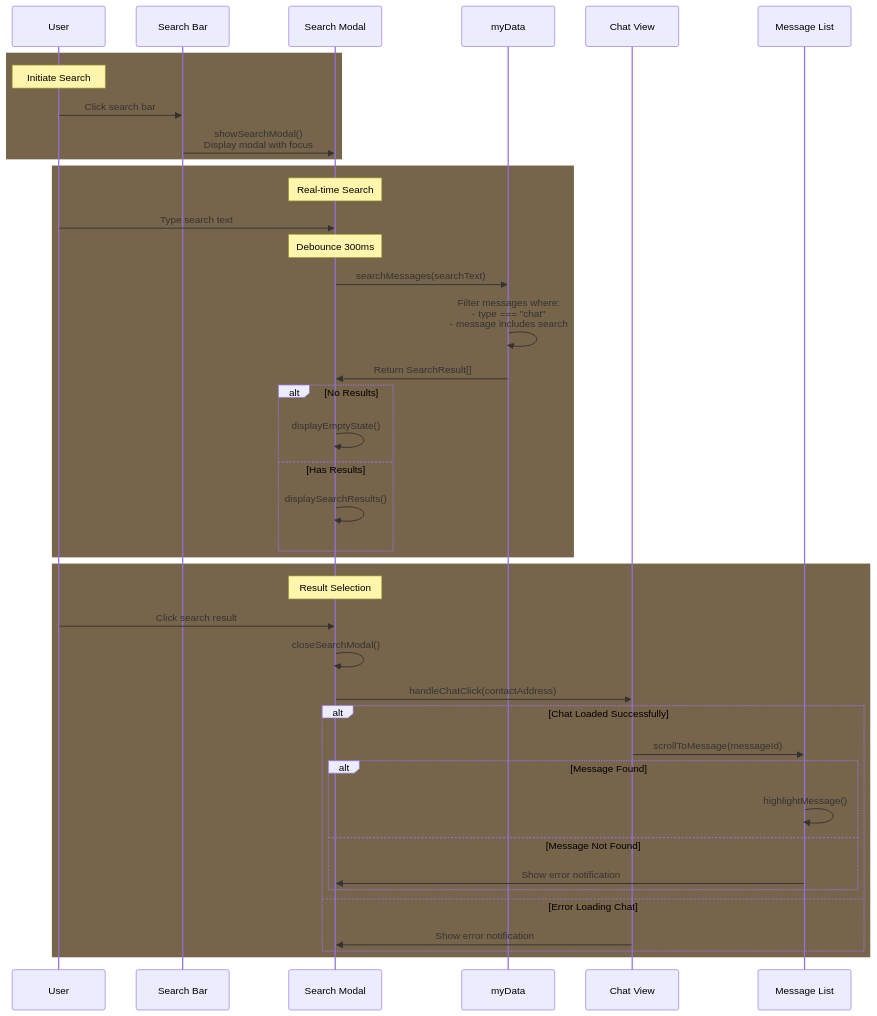
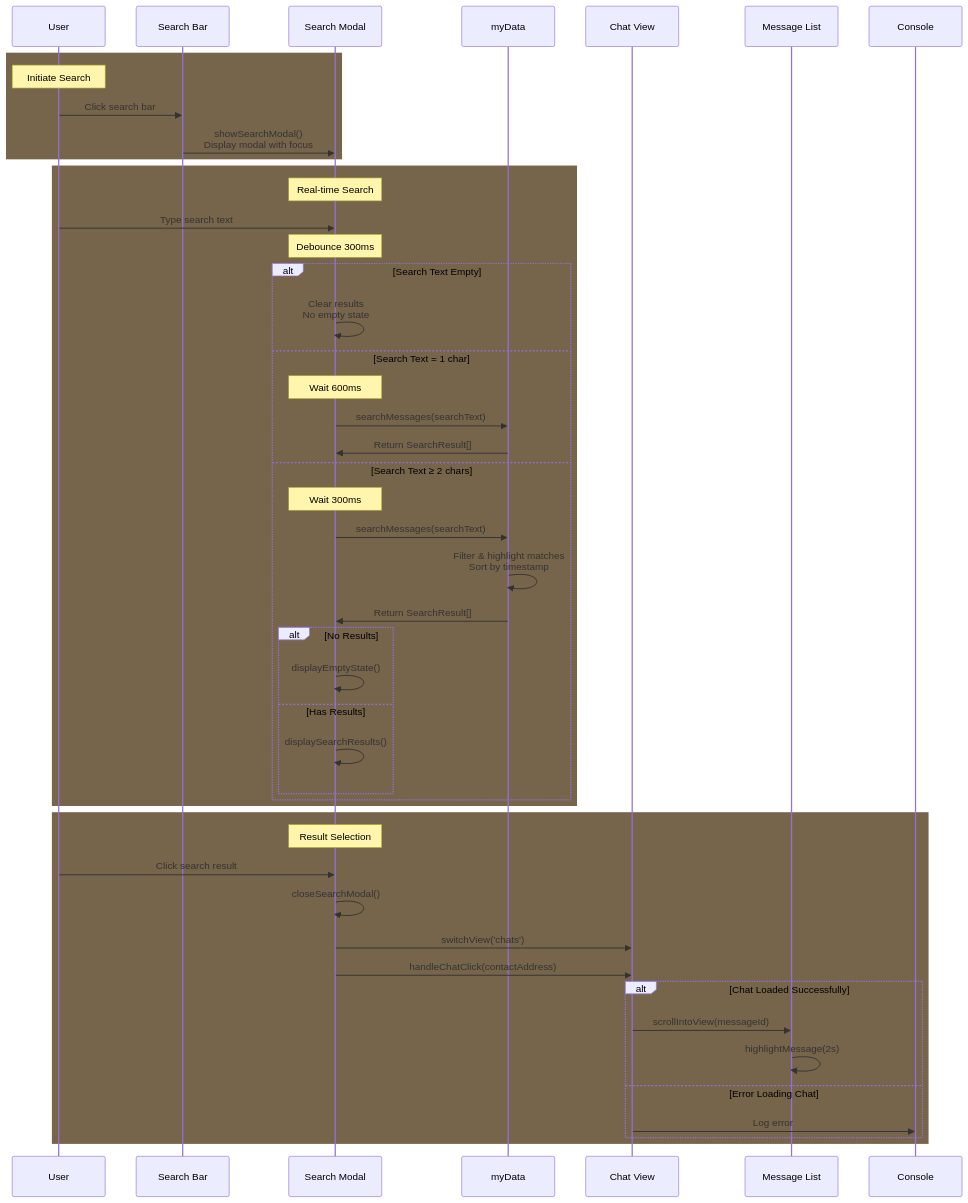
The diagram in data_structures_flow/chat-search-flow.md (silver83p/web-client-v2), drawn with Mermaid before and after one commit. The commit also changed other lines of this file and 3 other files, not shown here.

First line of the commit message:
Implement comprehensive chat search functionality with modal interface

````diff
--- a/data_structures_flow/chat-search-flow.md
+++ b/data_structures_flow/chat-search-flow.md
@@ -17,46 +17,52 @@
 ```mermaid
 sequenceDiagram
     participant User
     participant SearchBar as Search Bar
     participant Modal as Search Modal
     participant Data as myData
     participant Chat as Chat View
     participant Message as Message List
 
     rect rgb(119, 101, 75)
         Note over User: Initiate Search
         User->>SearchBar: Click search bar
         SearchBar->>Modal: showSearchModal()<br/>Display modal with focus
     end
 
     rect rgb(119, 101, 75)
         Note over Modal: Real-time Search
         User->>Modal: Type search text
         Note over Modal: Debounce 300ms
-        Modal->>Data: searchMessages(searchText)
-        Data->>Data: Filter messages where:<br/>- type === "chat"<br/>- message includes search
-        Data->>Modal: Return SearchResult[]
-        alt No Results
-            Modal->>Modal: displayEmptyState()
-        else Has Results
-            Modal->>Modal: displaySearchResults()
+        alt Search Text Empty
+            Modal->>Modal: Clear results<br/>No empty state
+        else Search Text = 1 char
+            Note over Modal: Wait 600ms
+            Modal->>Data: searchMessages(searchText)
+            Data->>Modal: Return SearchResult[]
+        else Search Text ≥ 2 chars
+            Note over Modal: Wait 300ms
+            Modal->>Data: searchMessages(searchText)
+            Data->>Data: Filter & highlight matches<br/>Sort by timestamp
+            Data->>Modal: Return SearchResult[]
+            alt No Results
+                Modal->>Modal: displayEmptyState()
+            else Has Results
+                Modal->>Modal: displaySearchResults()
+            end
         end
     end
 
     rect rgb(119, 101, 75)
         Note over Modal: Result Selection
         User->>Modal: Click search result
         Modal->>Modal: closeSearchModal()
+        Modal->>Chat: switchView('chats')
         Modal->>Chat: handleChatClick(contactAddress)
         alt Chat Loaded Successfully
-            Chat->>Message: scrollToMessage(messageId)
-            alt Message Found
-                Message->>Message: highlightMessage()
-            else Message Not Found
-                Message->>Modal: Show error notification
-            end
+            Chat->>Message: scrollIntoView(messageId)
+            Message->>Message: highlightMessage(2s)
         else Error Loading Chat
-            Chat->>Modal: Show error notification
+            Chat->>Console: Log error
         end
     end
 ```
````
